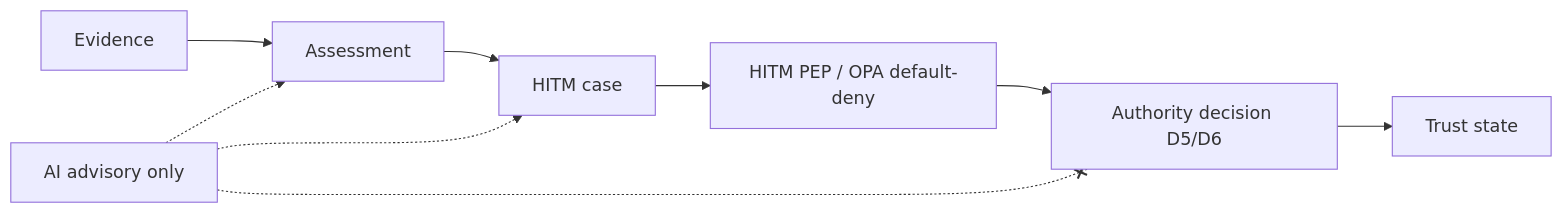
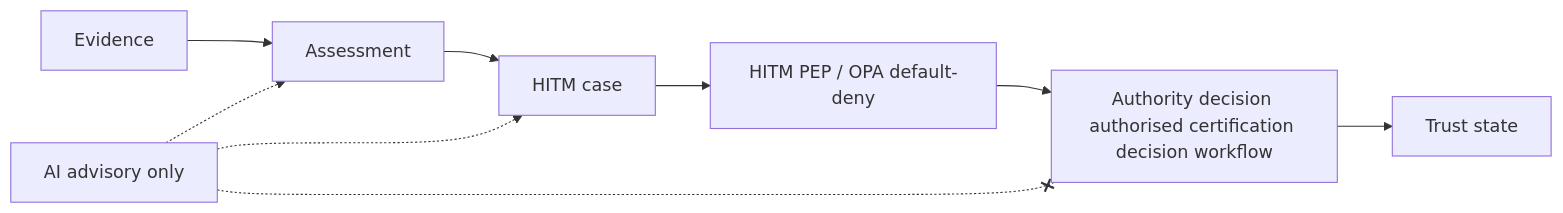
The fifth of 15 diagrams in master-standards-stack/process-flow-infographics/AHTE_HD_VISUAL_ATLAS.md (mavericken777/GlobalHalalDigitalTrust), drawn with Mermaid before and after one commit. The commit also changed other lines of this file and 153 other files, not shown here.

Commit message:
Revamp current ecosystem architecture and remove retired project gates

````diff
--- a/master-standards-stack/process-flow-infographics/AHTE_HD_VISUAL_ATLAS.md
+++ b/master-standards-stack/process-flow-infographics/AHTE_HD_VISUAL_ATLAS.md
@@ -128,11 +126,11 @@
 ```mermaid
 flowchart LR
     EV[Evidence] --> AS[Assessment]
     AS --> HITM[HITM case]
     HITM --> PEP[HITM PEP / OPA default-deny]
-    PEP --> AD[Authority decision D5/D6]
+    PEP --> AD[Authority decision authorised certification decision workflow]
     AD --> TS[Trust state]
     AI[AI advisory only] -.-> AS
     AI -.-> HITM
     AI -.-x AD
 ```
````
